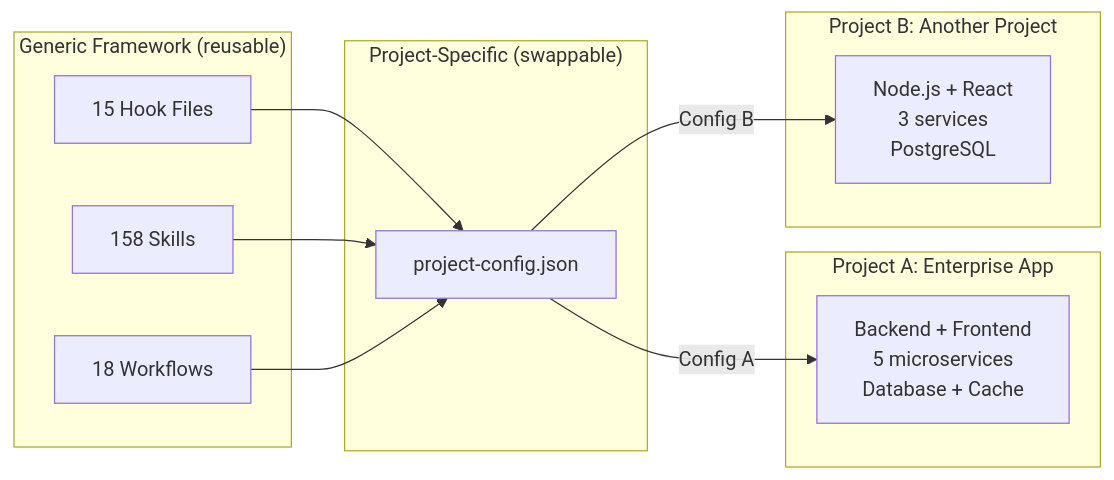
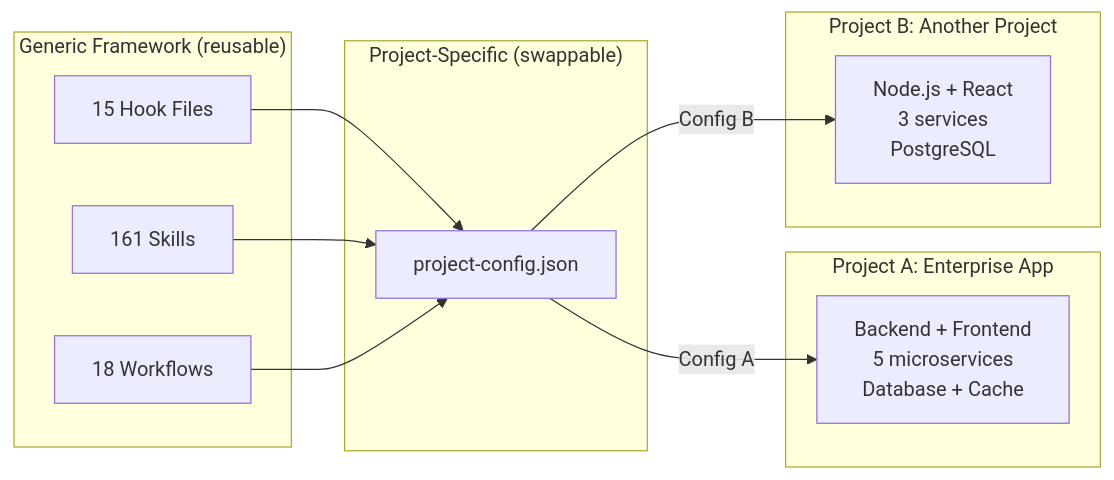
One commit to duc01226/easy-claude changed the eighth of 20 diagrams in .claude/docs/claude-ai-agent-framework-guide.md. Above: the diagram before and after it, drawn with Mermaid. The commit also changed other lines of this file and 108 other files, not shown here.

````diff
--- a/.claude/docs/claude-ai-agent-framework-guide.md
+++ b/.claude/docs/claude-ai-agent-framework-guide.md
@@ -877,24 +877,24 @@
 ```mermaid
 graph LR
     subgraph "Generic Framework (reusable)"
         H[15 Hook Files]
-        S[158 Skills]
+        S[161 Skills]
         W[18 Workflows]
     end
 
     subgraph "Project-Specific (swappable)"
         PC[project-config.json]
     end
 
     subgraph "Project A: Enterprise App"
         PA[Backend + Frontend<br/>5 microservices<br/>Database + Cache]
     end
 
     subgraph "Project B: Another Project"
         PB[Node.js + React<br/>3 services<br/>PostgreSQL]
     end
 
     H & S & W --> PC
     PC -->|Config A| PA
     PC -->|Config B| PB
 ```
````
